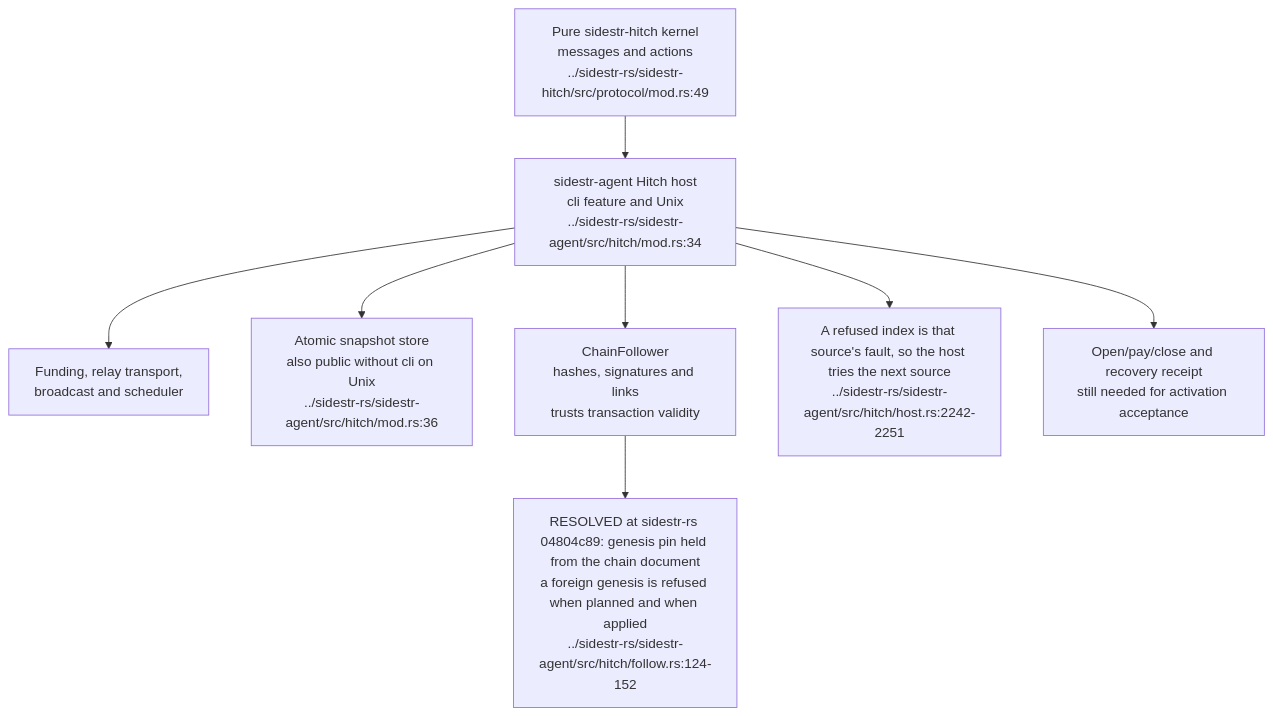
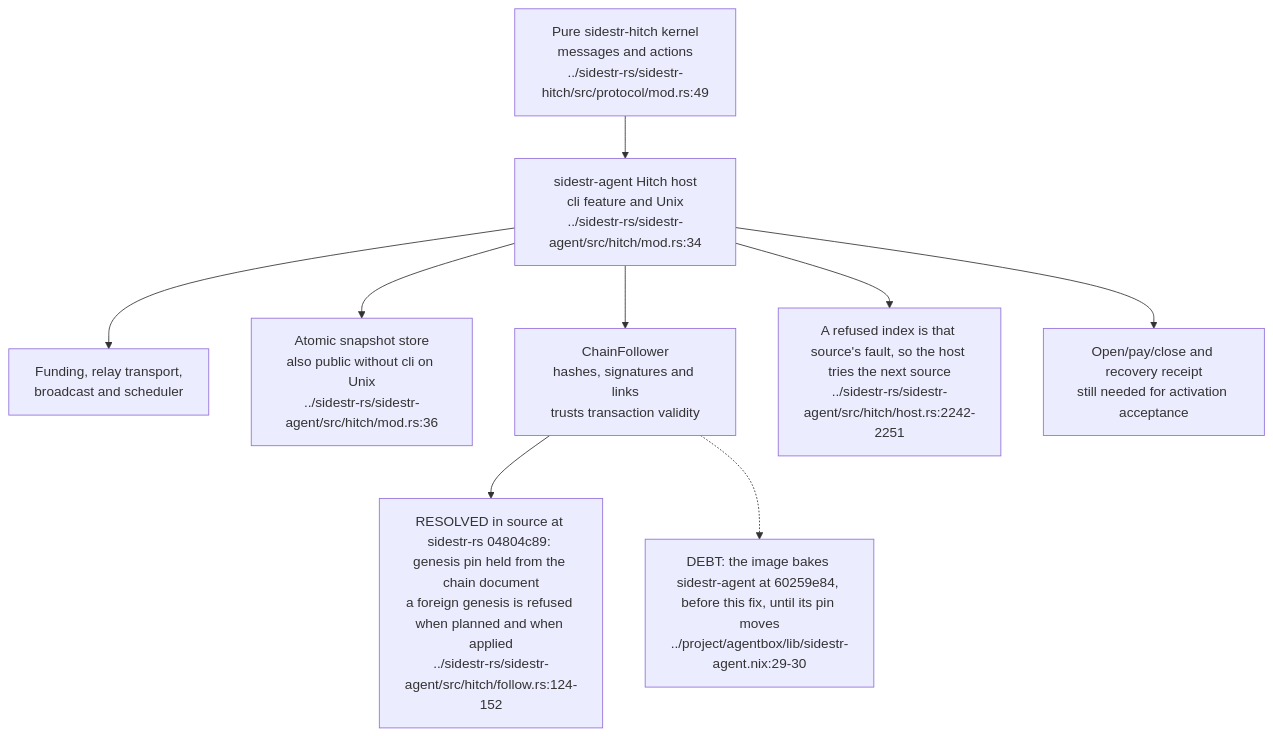
One commit to DreamLab-AI/VisionFlow changed the fifth of 5 diagrams in docs/diagrams/sidestr-rs/04-hitch-channel-kernel-and-host-gap.md. Above: the diagram before and after it, drawn with Mermaid. The commit also changed other lines of this file, not shown here.

First line of the commit message:
docs(diagrams): SR-04 un_spend branch follows the code, and the genesis fix is marked as source-only

````diff
--- a/docs/diagrams/sidestr-rs/04-hitch-channel-kernel-and-host-gap.md
+++ b/docs/diagrams/sidestr-rs/04-hitch-channel-kernel-and-host-gap.md
@@ -132,10 +133,12 @@
 ```mermaid
 flowchart TB
     K["Pure sidestr-hitch kernel<br/>messages and actions<br/>../sidestr-rs/sidestr-hitch/src/protocol/mod.rs:49"] --> HOST["sidestr-agent Hitch host<br/>cli feature and Unix<br/>../sidestr-rs/sidestr-agent/src/hitch/mod.rs:34"]
     HOST --> IO["Funding, relay transport,<br/>broadcast and scheduler"]
     HOST --> STO["Atomic snapshot store<br/>also public without cli on Unix<br/>../sidestr-rs/sidestr-agent/src/hitch/mod.rs:36"]
     HOST --> WATCH["ChainFollower<br/>hashes, signatures and links<br/>trusts transaction validity"]
-    WATCH --> PIN["RESOLVED at sidestr-rs 04804c89: genesis pin held from the chain document<br/>a foreign genesis is refused when planned and when applied<br/>../sidestr-rs/sidestr-agent/src/hitch/follow.rs:124-152"]
+    WATCH --> PIN["RESOLVED in source at sidestr-rs 04804c89: genesis pin held from the chain document<br/>a foreign genesis is refused when planned and when applied<br/>../sidestr-rs/sidestr-agent/src/hitch/follow.rs:124-152"]
+    PINNED["DEBT: the image bakes sidestr-agent at 60259e84, before this fix, until its pin moves<br/>../project/agentbox/lib/sidestr-agent.nix:29-30"]
+    WATCH -.-> PINNED
     HOST --> NEXT["A refused index is that source's fault, so the host tries the next source<br/>../sidestr-rs/sidestr-agent/src/hitch/host.rs:2242-2251"]
     HOST --> GATE["Open/pay/close and recovery receipt<br/>still needed for activation acceptance"]
 ```
````
